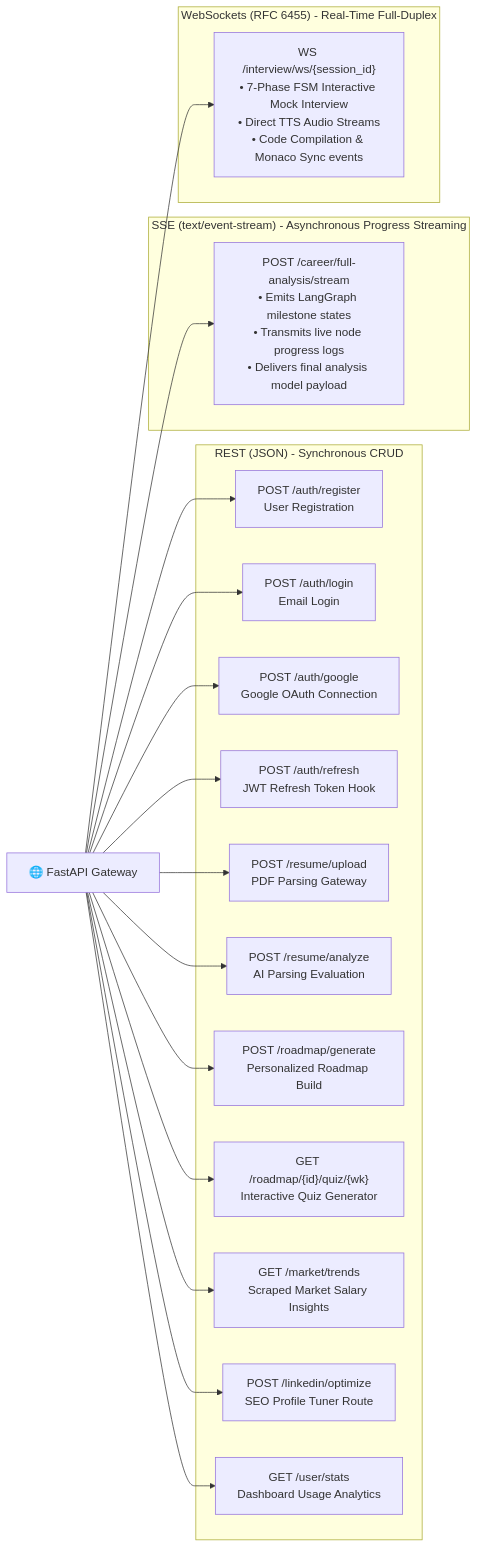
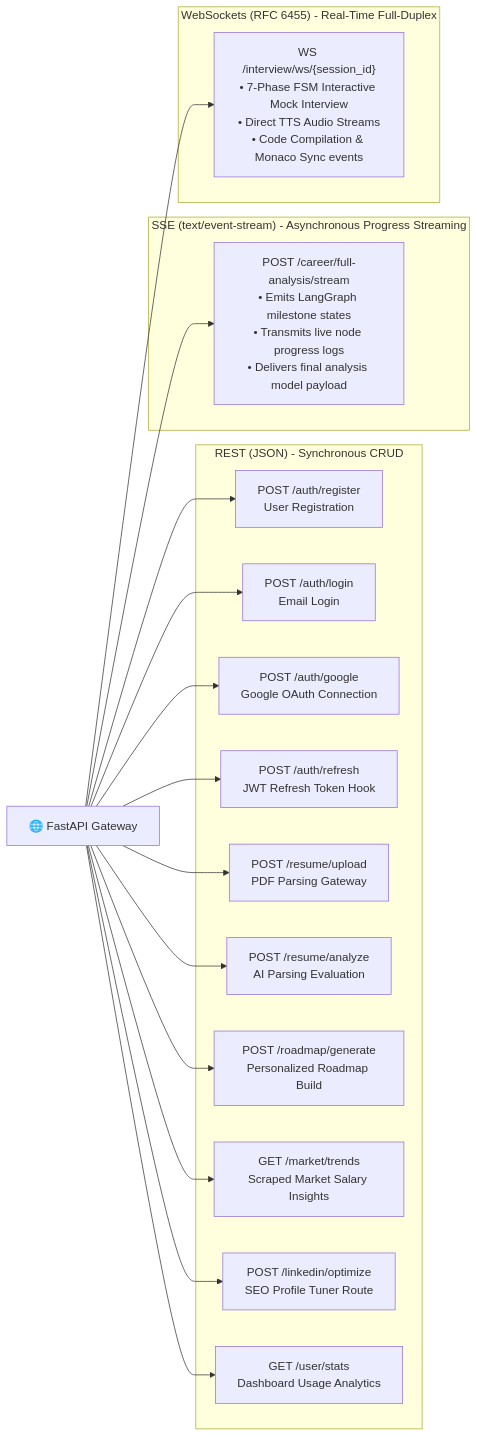
Before and after one commit to Anil-Pradhan-web/ai-career-mentor: the second of 33 diagrams in documentation/ARCHITECTURE.md, drawn with Mermaid. The commit also changed other lines of this file and 5 other files, not shown here.

````diff
--- a/documentation/ARCHITECTURE.md
+++ b/documentation/ARCHITECTURE.md
@@ -110,28 +110,27 @@
 ```mermaid
 graph LR
     subgraph "REST (JSON) - Synchronous CRUD"
         R1["POST /auth/register<br/>User Registration"]
         R2["POST /auth/login<br/>Email Login"]
         R3["POST /auth/google<br/>Google OAuth Connection"]
         R4["POST /auth/refresh<br/>JWT Refresh Token Hook"]
         R5["POST /resume/upload<br/>PDF Parsing Gateway"]
         R6["POST /resume/analyze<br/>AI Parsing Evaluation"]
         R7["POST /roadmap/generate<br/>Personalized Roadmap Build"]
-        R7_Q["GET /roadmap/{id}/quiz/{wk}<br/>Interactive Quiz Generator"]
         R8["GET /market/trends<br/>Scraped Market Salary Insights"]
         R9["POST /linkedin/optimize<br/>SEO Profile Tuner Route"]
         R10["GET /user/stats<br/>Dashboard Usage Analytics"]
     end
 
     subgraph "SSE (text/event-stream) - Asynchronous Progress Streaming"
         S1["POST /career/full-analysis/stream<br/>• Emits LangGraph milestone states<br/>• Transmits live node progress logs<br/>• Delivers final analysis model payload"]
     end
 
     subgraph "WebSockets (RFC 6455) - Real-Time Full-Duplex"
         W1["WS /interview/ws/{session_id}<br/>• 7-Phase FSM Interactive Mock Interview<br/>• Direct TTS Audio Streams<br/>• Code Compilation & Monaco Sync events"]
     end
 
-    API["🌐 FastAPI Gateway"] --> R1 & R2 & R3 & R4 & R5 & R6 & R7 & R7_Q & R8 & R9 & R10
+    API["🌐 FastAPI Gateway"] --> R1 & R2 & R3 & R4 & R5 & R6 & R7 & R8 & R9 & R10
     API --> S1
     API --> W1
 ```
````
